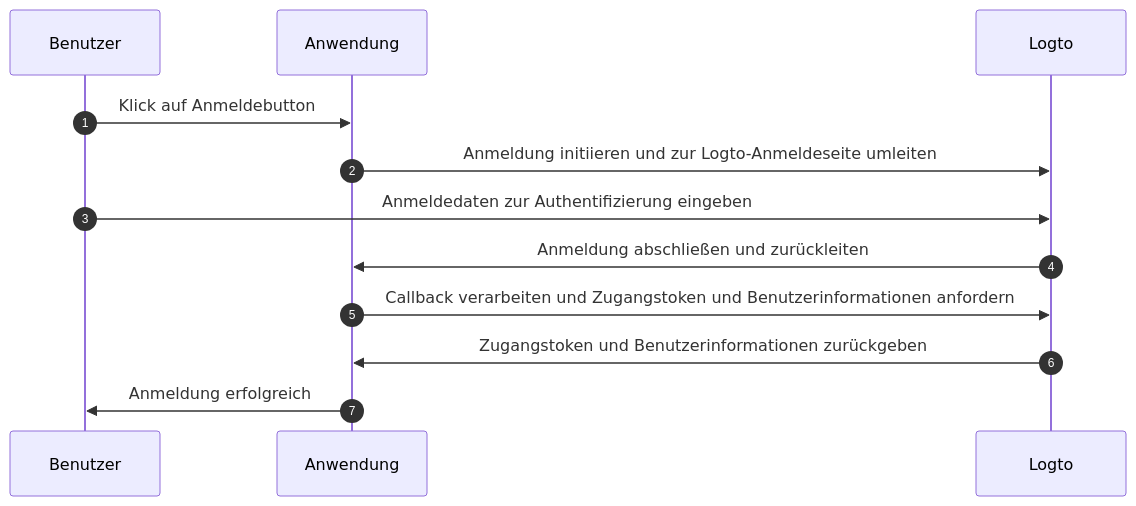
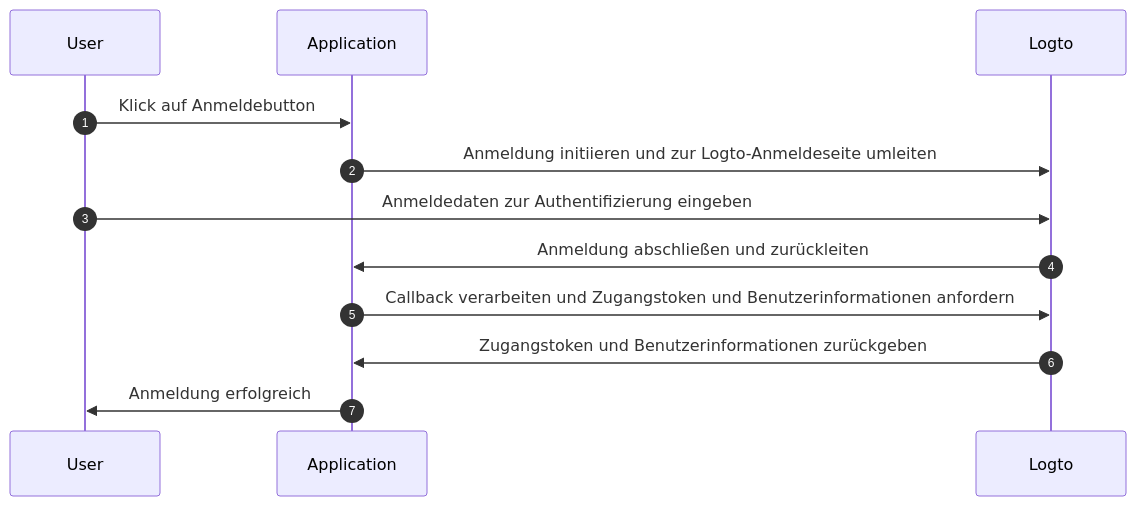
The first of 2 diagrams in i18n/de/docusaurus-plugin-content-docs/current/integrate-logto/integrate-logto-into-your-application/understand-authentication-flow.mdx (logto-io/docs), drawn with Mermaid before and after one commit. The commit also changed other lines of this file and 234 other files, not shown here.

````diff
--- a/i18n/de/docusaurus-plugin-content-docs/current/integrate-logto/integrate-logto-into-your-application/understand-authentication-flow.mdx
+++ b/i18n/de/docusaurus-plugin-content-docs/current/integrate-logto/integrate-logto-into-your-application/understand-authentication-flow.mdx
@@ -9,15 +9,15 @@
 ```mermaid
 sequenceDiagram
     autonumber
-    participant Benutzer
-    participant Anwendung
+    participant User
+    participant Application
     participant Logto
 
-    Benutzer->>Anwendung: Klick auf Anmeldebutton
-    Anwendung->>Logto: Anmeldung initiieren und zur Logto-Anmeldeseite umleiten
-    Benutzer->>Logto: Anmeldedaten zur Authentifizierung eingeben
-    Logto->>Anwendung: Anmeldung abschließen und zurückleiten
-    Anwendung->>Logto: Callback verarbeiten und Zugangstoken und Benutzerinformationen anfordern
-    Logto->>Anwendung: Zugangstoken und Benutzerinformationen zurückgeben
-    Anwendung->>Benutzer: Anmeldung erfolgreich
+    User->>Application: Klick auf Anmeldebutton
+    Application->>Logto: Anmeldung initiieren und zur Logto-Anmeldeseite umleiten
+    User->>Logto: Anmeldedaten zur Authentifizierung eingeben
+    Logto->>Application: Anmeldung abschließen und zurückleiten
+    Application->>Logto: Callback verarbeiten und Zugangstoken und Benutzerinformationen anfordern
+    Logto->>Application: Zugangstoken und Benutzerinformationen zurückgeben
+    Application->>User: Anmeldung erfolgreich
 ```
````
